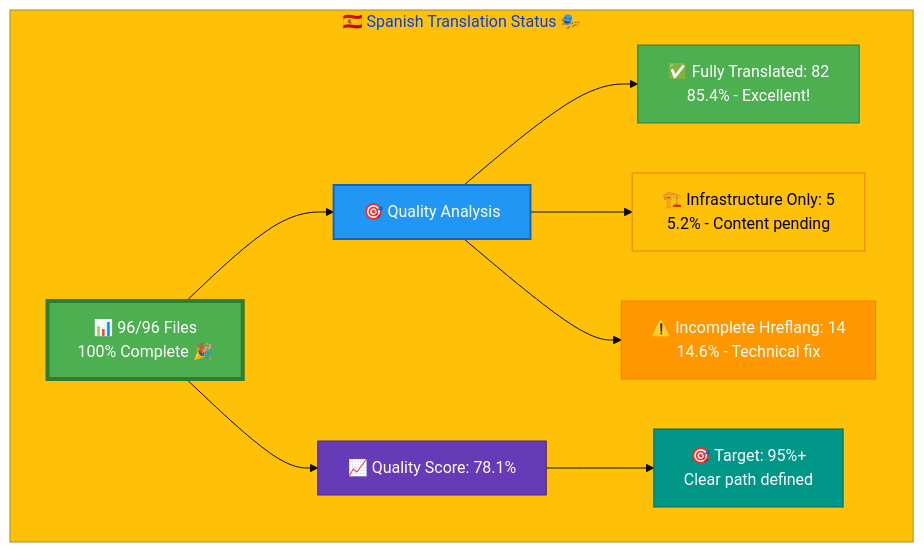
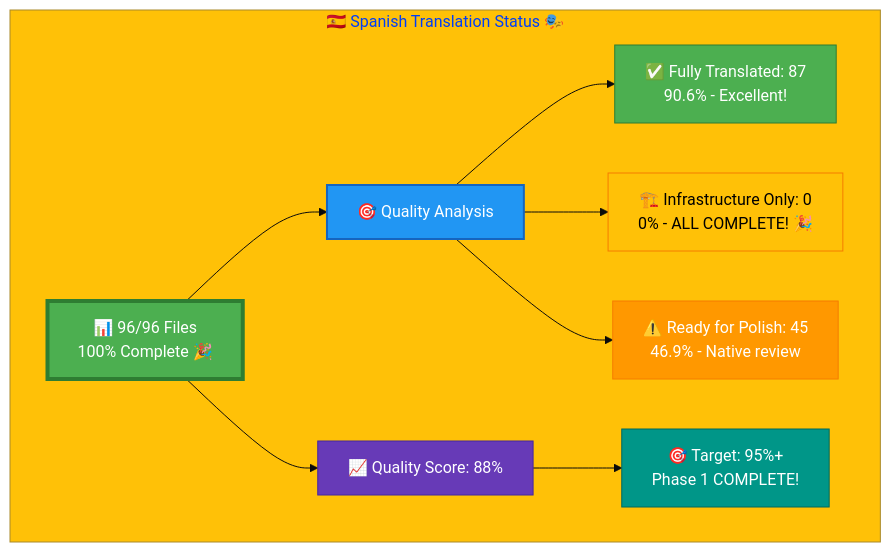
One commit to Hack23/homepage changed the diagram in Spanish-Translation-Status.md. Above: the diagram before and after it, drawn with Mermaid. The commit also changed other lines of this file, not shown here.

Commit message:
Update Spanish-Translation-Status.md: Phase 1 complete, 88% quality achieved

````diff
--- a/Spanish-Translation-Status.md
+++ b/Spanish-Translation-Status.md
@@ -13,23 +13,23 @@
 ```mermaid
 %%{init: {'theme':'base', 'themeVariables': {'primaryColor':'#4CAF50','secondaryColor':'#2196F3','tertiaryColor':'#FFC107','fontSize':'16px'}}}%%
 graph TB
     subgraph "🇪🇸 Spanish Translation Status 🎭"
         A["📊 96/96 Files<br/>100% Complete 🎉"]
         
         A --> B["🎯 Quality Analysis"]
-        B --> C["✅ Fully Translated: 82<br/>85.4% - Excellent!"]
-        B --> D["🏗️ Infrastructure Only: 5<br/>5.2% - Content pending"]
-        B --> E["⚠️ Incomplete Hreflang: 14<br/>14.6% - Technical fix"]
+        B --> C["✅ Fully Translated: 87<br/>90.6% - Excellent!"]
+        B --> D["🏗️ Infrastructure Only: 0<br/>0% - ALL COMPLETE! 🎉"]
+        B --> E["⚠️ Ready for Polish: 45<br/>46.9% - Native review"]
         
-        A --> G["📈 Quality Score: 78.1%"]
-        G --> H["🎯 Target: 95%+<br/>Clear path defined"]
+        A --> G["📈 Quality Score: 88%"]
+        G --> H["🎯 Target: 95%+<br/>Phase 1 COMPLETE!"]
         
         style A fill:#4CAF50,stroke:#2E7D32,color:#fff,stroke-width:4px
         style B fill:#2196F3,stroke:#1565C0,color:#fff,stroke-width:2px
         style C fill:#4CAF50,stroke:#2E7D32,color:#fff
         style D fill:#FFC107,stroke:#F57C00,color:#000
         style E fill:#FF9800,stroke:#F57C00,color:#fff
         style G fill:#673AB7,stroke:#4527A0,color:#fff
         style H fill:#009688,stroke:#00695C,color:#fff
     end
 ```
````
